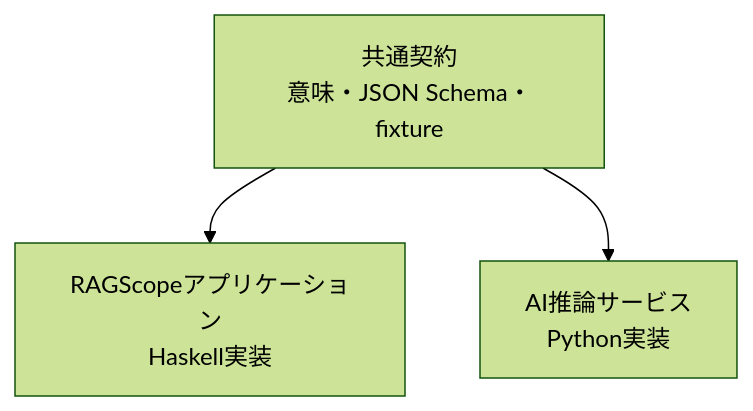
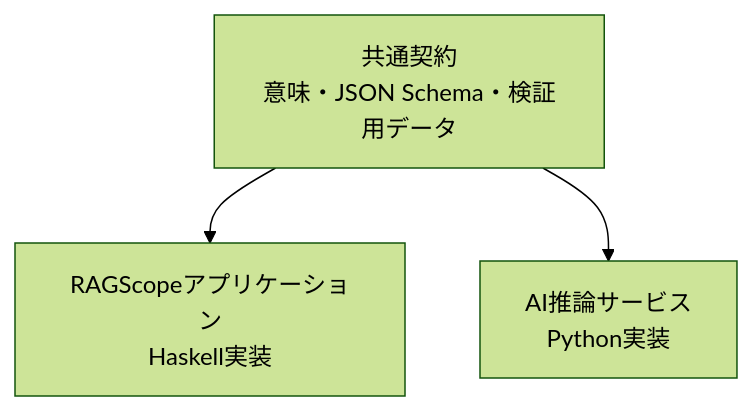
One commit to takashit16833/RAGScope changed the first of 4 diagrams in project-docs/design/エラー・ログ設計.md. Above: the diagram before and after it, drawn with Mermaid (forest theme). The commit also changed other lines of this file and 36 other files, not shown here.

````diff
--- a/project-docs/design/エラー・ログ設計.md
+++ b/project-docs/design/エラー・ログ設計.md
@@ -74,9 +74,9 @@
 ```mermaid
 flowchart TD
-    Contract["共通契約<br>意味・JSON Schema・fixture"]
+    Contract["共通契約<br>意味・JSON Schema・検証用データ"]
     App["RAGScopeアプリケーション<br>Haskell実装"]
     AI["AI推論サービス<br>Python実装"]
 
     Contract --> App
     Contract --> AI
 ```
````
